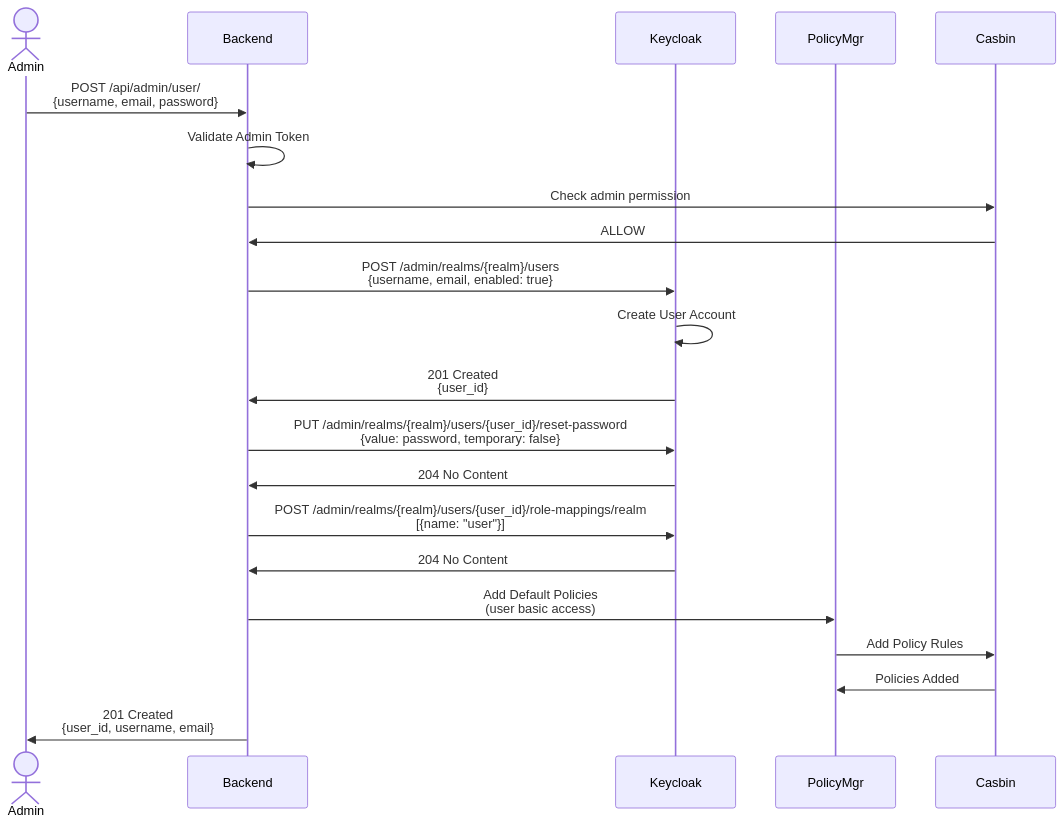
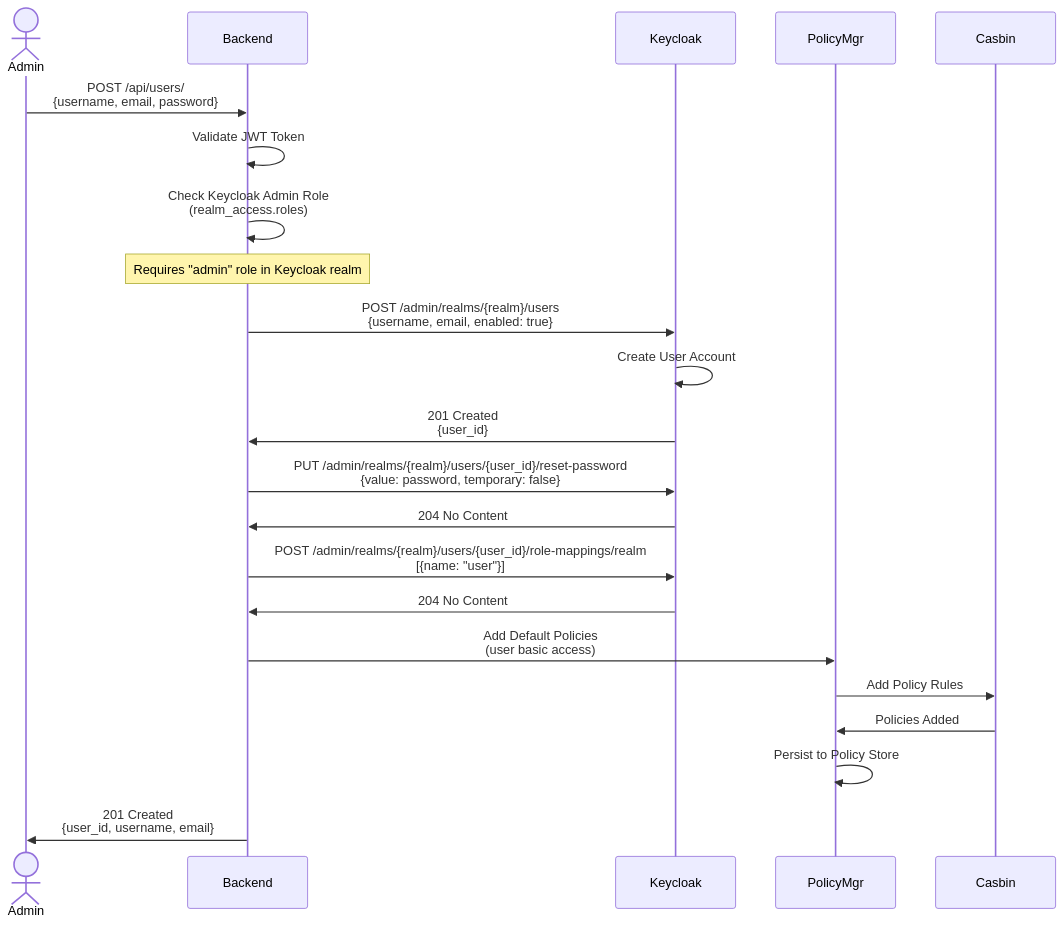
The fifth of 6 diagrams in docs/diagrams/sequence-authentication.md (INN-SFU/Data-Portal), drawn with Mermaid before and after one commit. The commit also changed other lines of this file and 2 other files, not shown here.

Commit message:
docs: diagram updates

````diff
--- a/docs/diagrams/sequence-authentication.md
+++ b/docs/diagrams/sequence-authentication.md
@@ -174,30 +183,31 @@
 ```mermaid
 sequenceDiagram
     actor Admin
     participant Backend
     participant Keycloak
     participant PolicyMgr
     participant Casbin
 
-    Admin->>Backend: POST /api/admin/user/<br/>{username, email, password}
+    Admin->>Backend: POST /api/users/<br/>{username, email, password}
 
-    Backend->>Backend: Validate Admin Token
-    Backend->>Casbin: Check admin permission
-    Casbin->>Backend: ALLOW
+    Backend->>Backend: Validate JWT Token
+    Backend->>Backend: Check Keycloak Admin Role<br/>(realm_access.roles)
+    Note over Backend: Requires "admin" role in Keycloak realm
 
     Backend->>Keycloak: POST /admin/realms/{realm}/users<br/>{username, email, enabled: true}
     Keycloak->>Keycloak: Create User Account
     Keycloak->>Backend: 201 Created<br/>{user_id}
 
     Backend->>Keycloak: PUT /admin/realms/{realm}/users/{user_id}/reset-password<br/>{value: password, temporary: false}
     Keycloak->>Backend: 204 No Content
 
     Backend->>Keycloak: POST /admin/realms/{realm}/users/{user_id}/role-mappings/realm<br/>[{name: "user"}]
     Keycloak->>Backend: 204 No Content
 
     Backend->>PolicyMgr: Add Default Policies<br/>(user basic access)
     PolicyMgr->>Casbin: Add Policy Rules
     Casbin->>PolicyMgr: Policies Added
+    PolicyMgr->>PolicyMgr: Persist to Policy Store
 
     Backend->>Admin: 201 Created<br/>{user_id, username, email}
 ```
````
